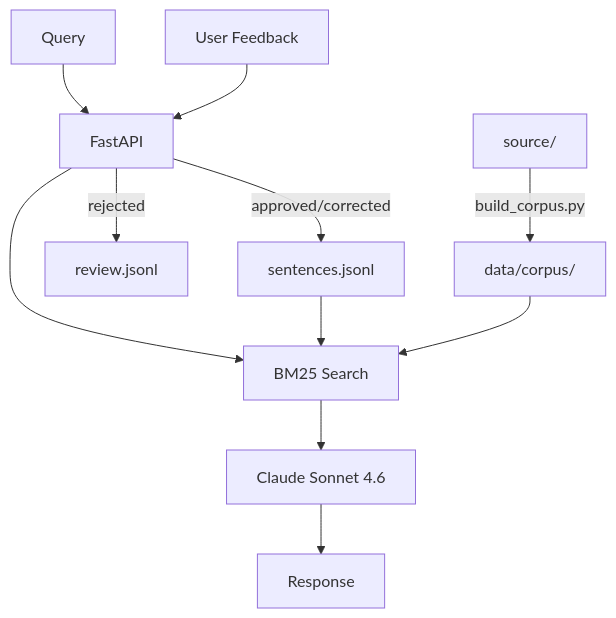
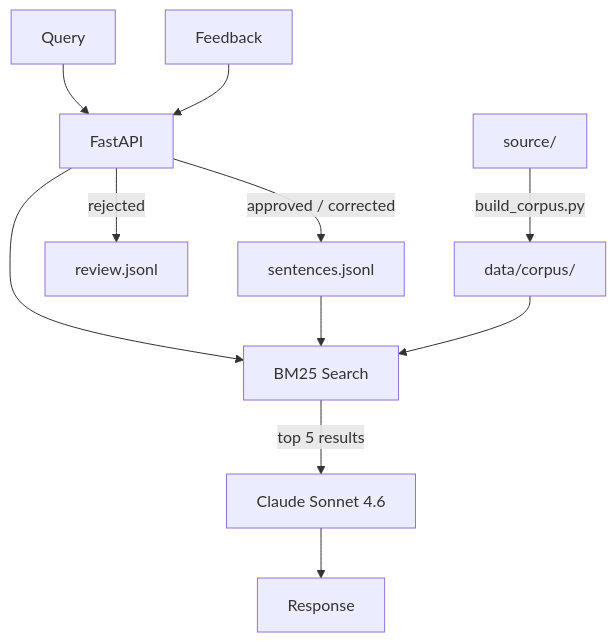
One commit to anjanpoonacha/kodava-rag changed the diagram in README.md. Above: the diagram before and after it, drawn with Mermaid. The commit also changed other lines of this file, not shown here.

````diff
--- a/README.md
+++ b/README.md
@@ -22,15 +30,15 @@
 ```mermaid
 graph TD
     Q[Query] --> API[FastAPI]
     API --> BM25[BM25 Search]
-    BM25 --> LLM[Claude Sonnet 4.6]
+    BM25 -->|top 5 results| LLM[Claude Sonnet 4.6]
     LLM --> R[Response]
 
-    FB[User Feedback] --> API
-    API -->|approved/corrected| S[sentences.jsonl]
+    FB[Feedback] --> API
+    API -->|approved / corrected| S[sentences.jsonl]
     API -->|rejected| RV[review.jsonl]
     S --> BM25
 
     SRC[source/] -->|build_corpus.py| CRP[data/corpus/]
     CRP --> BM25
 ```
````
